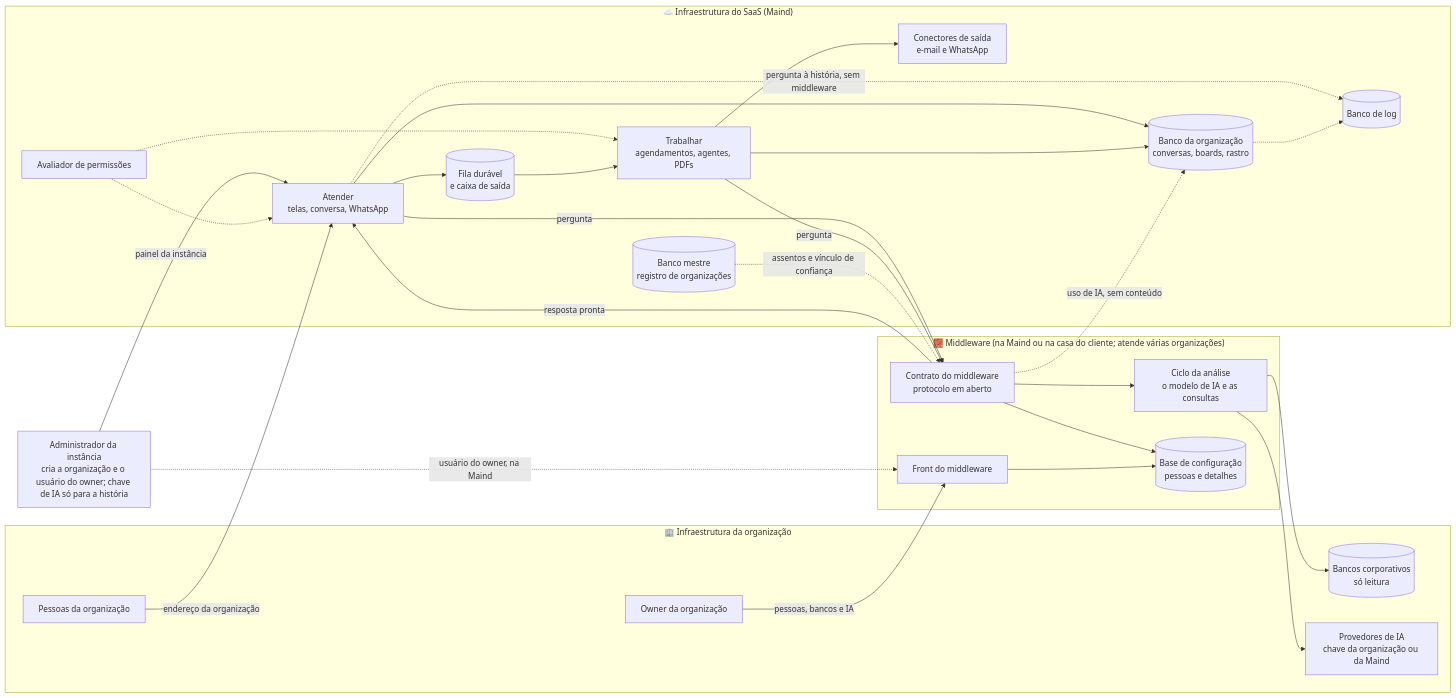
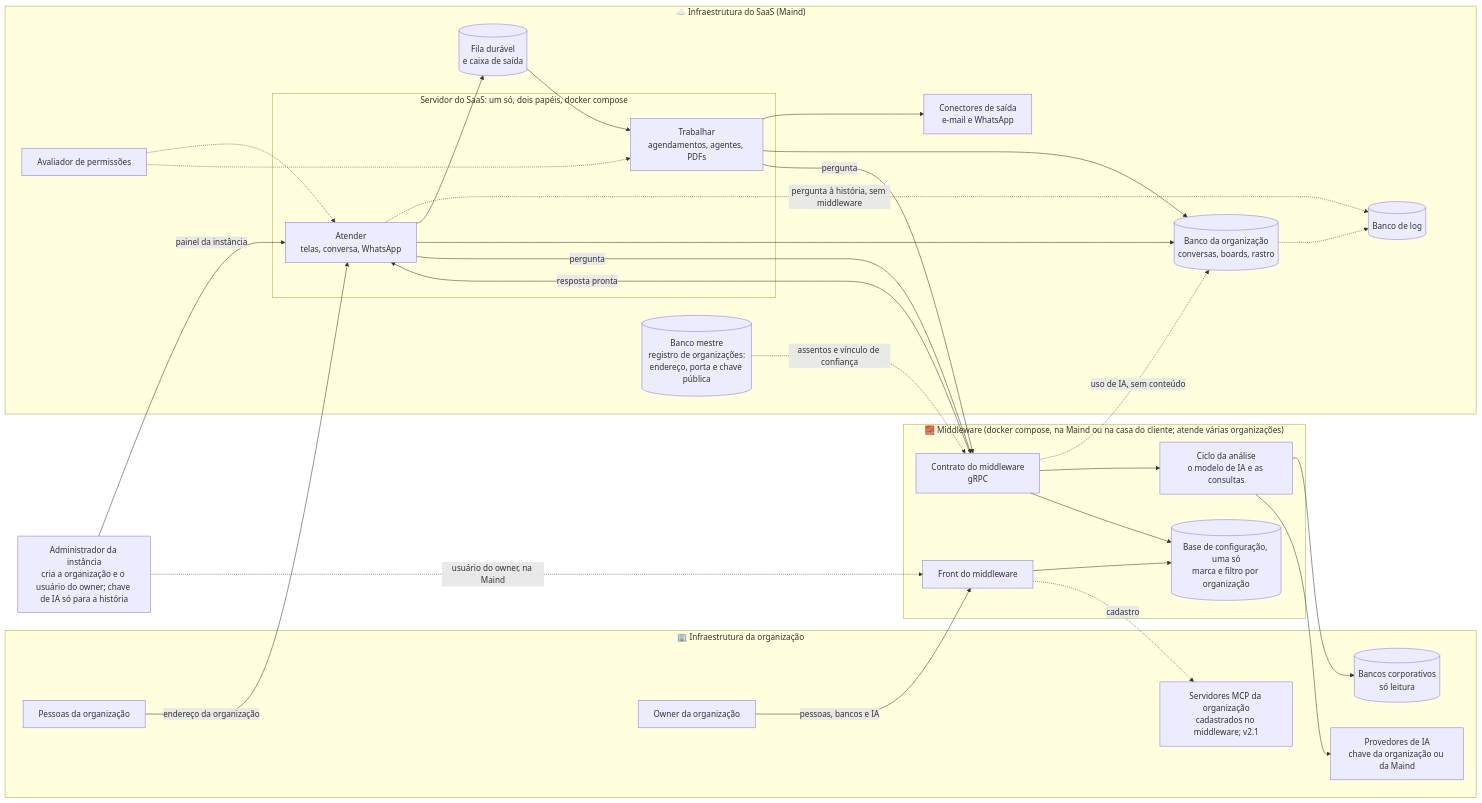
Before and after one commit to fabioabr/horus-v2-docs: the diagram in docs/raw/arquitetura/01-estrategia-da-solucao.md, drawn with Mermaid. The commit also changed other lines of this file and 39 other files, not shown here.

````diff
--- a/docs/raw/arquitetura/01-estrategia-da-solucao.md
+++ b/docs/raw/arquitetura/01-estrategia-da-solucao.md
@@ -43,48 +43,52 @@
 ```mermaid
 flowchart LR
     subgraph CLI["🏢 Infraestrutura da organização"]
         PES["Pessoas da organização"]
         OWN["Owner da organização"]
         BDC[("Bancos corporativos<br/>só leitura")]
         PIA["Provedores de IA<br/>chave da organização ou da Maind"]
+        MCP["Servidores MCP da organização<br/>cadastrados no middleware; v2.1"]
     end
     subgraph SAAS["☁️ Infraestrutura do SaaS (Maind)"]
-        ATE["Atender<br/>telas, conversa, WhatsApp"]
-        TRA["Trabalhar<br/>agendamentos, agentes, PDFs"]
+        subgraph SRV["Servidor do SaaS: um só, dois papéis, docker compose"]
+            ATE["Atender<br/>telas, conversa, WhatsApp"]
+            TRA["Trabalhar<br/>agendamentos, agentes, PDFs"]
+        end
         AVA["Avaliador de permissões"]
         FILA[("Fila durável<br/>e caixa de saída")]
-        BME[("Banco mestre<br/>registro de organizações")]
+        BME[("Banco mestre<br/>registro de organizações:<br/>endereço, porta e chave pública")]
         BOR[("Banco da organização<br/>conversas, boards, rastro")]
         BLO[("Banco de log")]
         CON["Conectores de saída<br/>e-mail e WhatsApp"]
     end
-    subgraph MID["🧱 Middleware (na Maind ou na casa do cliente; atende várias organizações)"]
-        CTR["Contrato do middleware<br/>protocolo em aberto"]
+    subgraph MID["🧱 Middleware (docker compose, na Maind ou na casa do cliente; atende várias organizações)"]
+        CTR["Contrato do middleware<br/>gRPC"]
         CIC["Ciclo da análise<br/>o modelo de IA e as consultas"]
-        BCF[("Base de configuração<br/>pessoas e detalhes")]
+        BCF[("Base de configuração, uma só<br/>marca e filtro por organização")]
         FMI["Front do middleware"]
     end
     ADM["Administrador da instância<br/>cria a organização e o usuário do owner; chave de IA só para a história"]
     PES -->|"endereço da organização"| ATE
     ADM -->|"painel da instância"| ATE
     ATE -.->|"pergunta à história, sem middleware"| BLO
     AVA -.-> ATE
     AVA -.-> TRA
     ATE --> FILA --> TRA
     TRA --> CON
     ATE --> BOR
     TRA --> BOR
     BOR -.-> BLO
     ATE -->|"pergunta"| CTR
     TRA -->|"pergunta"| CTR
     CTR -->|"resposta pronta"| ATE
     CTR -.->|"uso de IA, sem conteúdo"| BOR
     BME -.->|"assentos e vínculo de confiança"| CTR
     CTR --> CIC
     CTR --> BCF
     CIC --> BDC
     CIC --> PIA
     OWN -->|"pessoas, bancos e IA"| FMI
     ADM -.->|"usuário do owner, na Maind"| FMI
     FMI --> BCF
+    FMI -.->|"cadastro"| MCP
 ```
````
